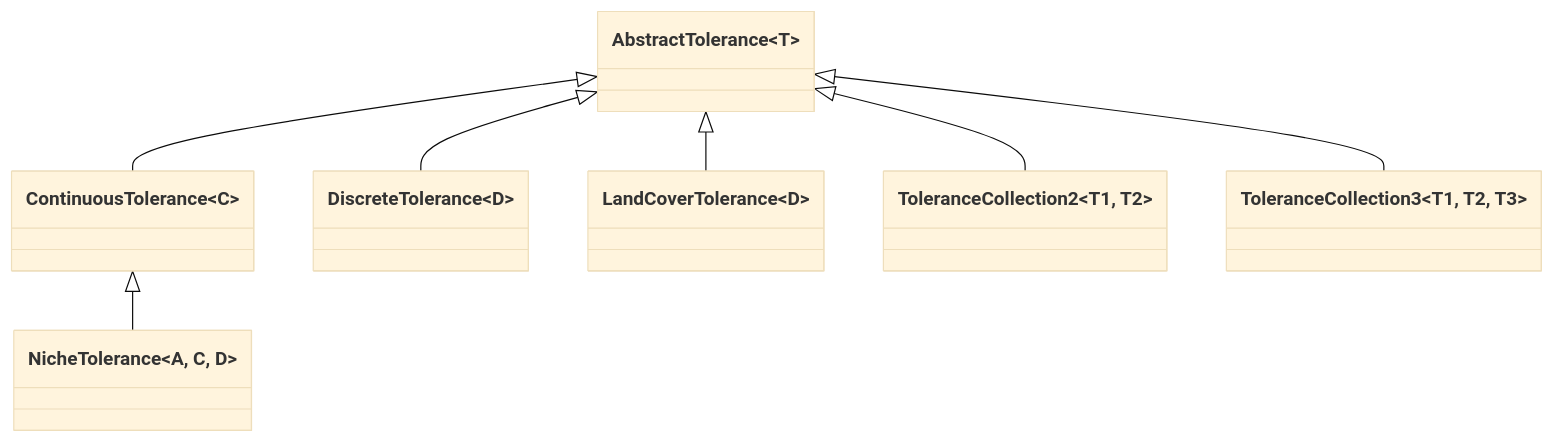
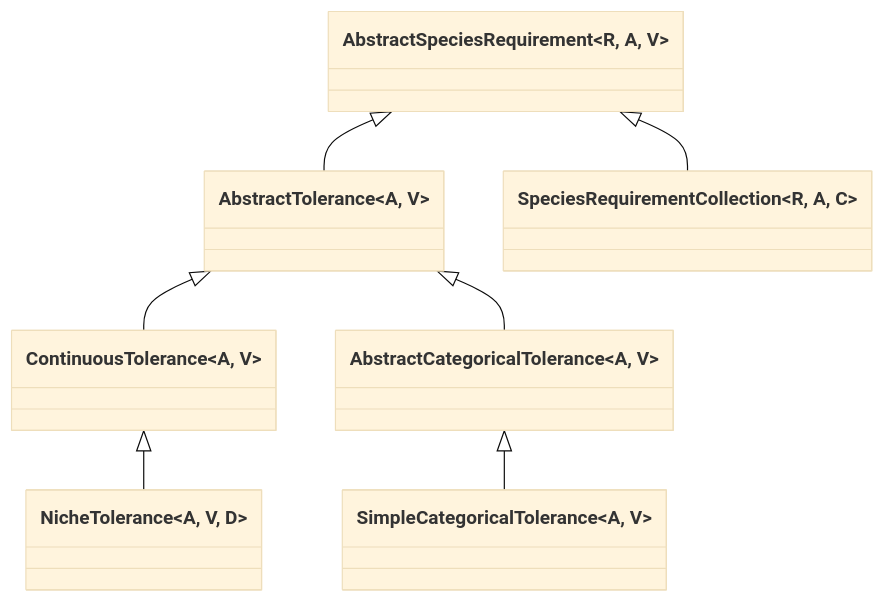
Before and after one commit to EcoJulia/EcoSISTEM.jl: the seventh of 17 diagrams in docs/architecture.md, drawn with Mermaid (base theme). The commit also changed other lines of this file and 17 other files, not shown here.

````diff
--- a/docs/architecture.md
+++ b/docs/architecture.md
@@ -157,16 +403,16 @@
 ```mermaid
 classDiagram
-    class AbstractTolerance~T~
-    class ContinuousTolerance~C~
-    class NicheTolerance~A, C, D~
-    class DiscreteTolerance~D~
-    class LandCoverTolerance~D~
-    class ToleranceCollection2~T1, T2~
-    class ToleranceCollection3~T1, T2, T3~
+    class AbstractSpeciesRequirement~R, A, V~
+    class AbstractTolerance~A, V~
+    class ContinuousTolerance~A, V~
+    class NicheTolerance~A, V, D~
+    class AbstractCategoricalTolerance~A, V~
+    class SimpleCategoricalTolerance~A, V~
+    class SpeciesRequirementCollection~R, A, C~
+    AbstractSpeciesRequirement <|-- AbstractTolerance
     AbstractTolerance  <|-- ContinuousTolerance
-    AbstractTolerance  <|-- DiscreteTolerance
-    AbstractTolerance  <|-- LandCoverTolerance
-    AbstractTolerance  <|-- ToleranceCollection2
-    AbstractTolerance  <|-- ToleranceCollection3
+    AbstractTolerance  <|-- AbstractCategoricalTolerance
+    AbstractSpeciesRequirement <|-- SpeciesRequirementCollection
     ContinuousTolerance <|-- NicheTolerance
+    AbstractCategoricalTolerance <|-- SimpleCategoricalTolerance
 ```
````
